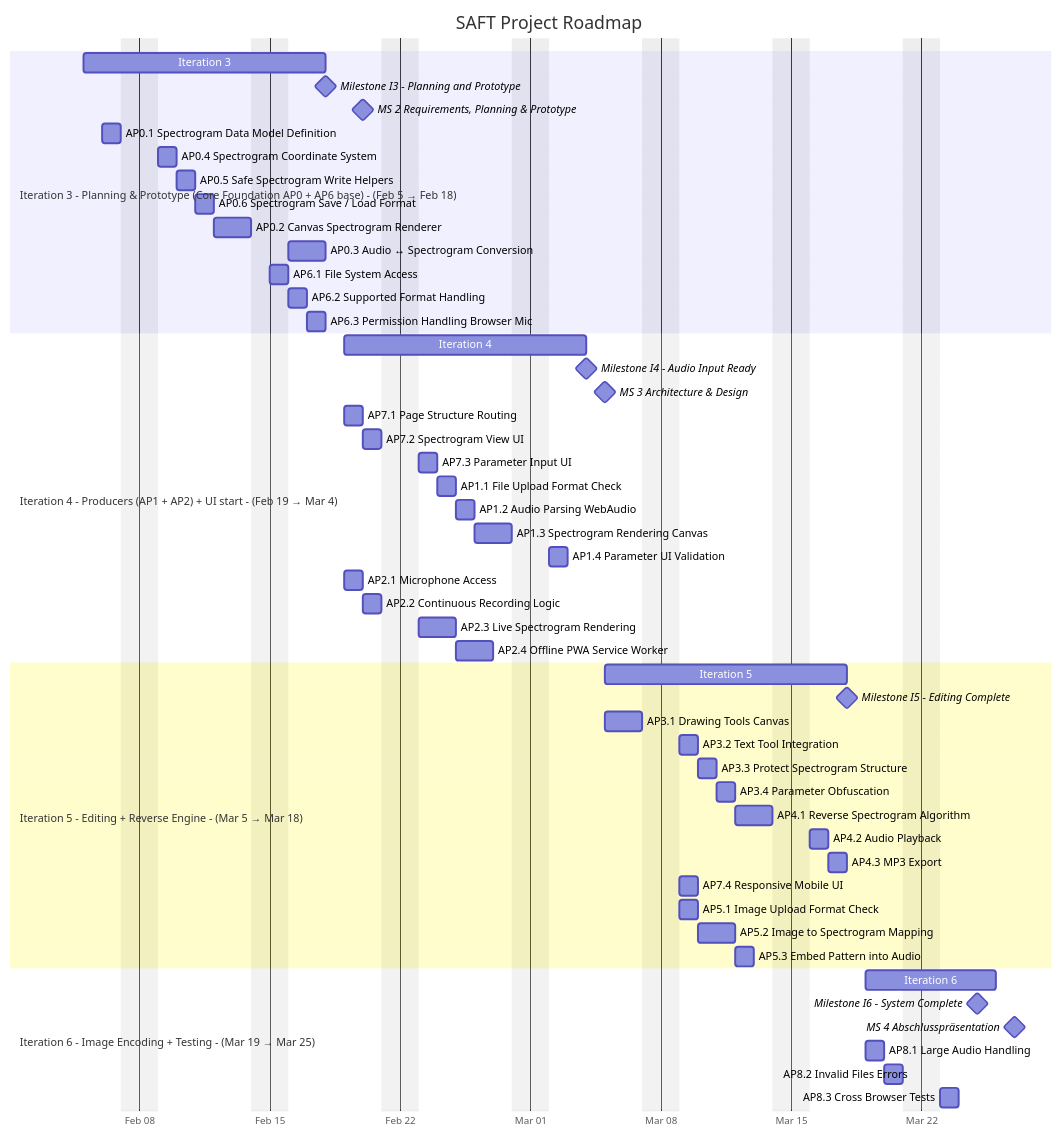
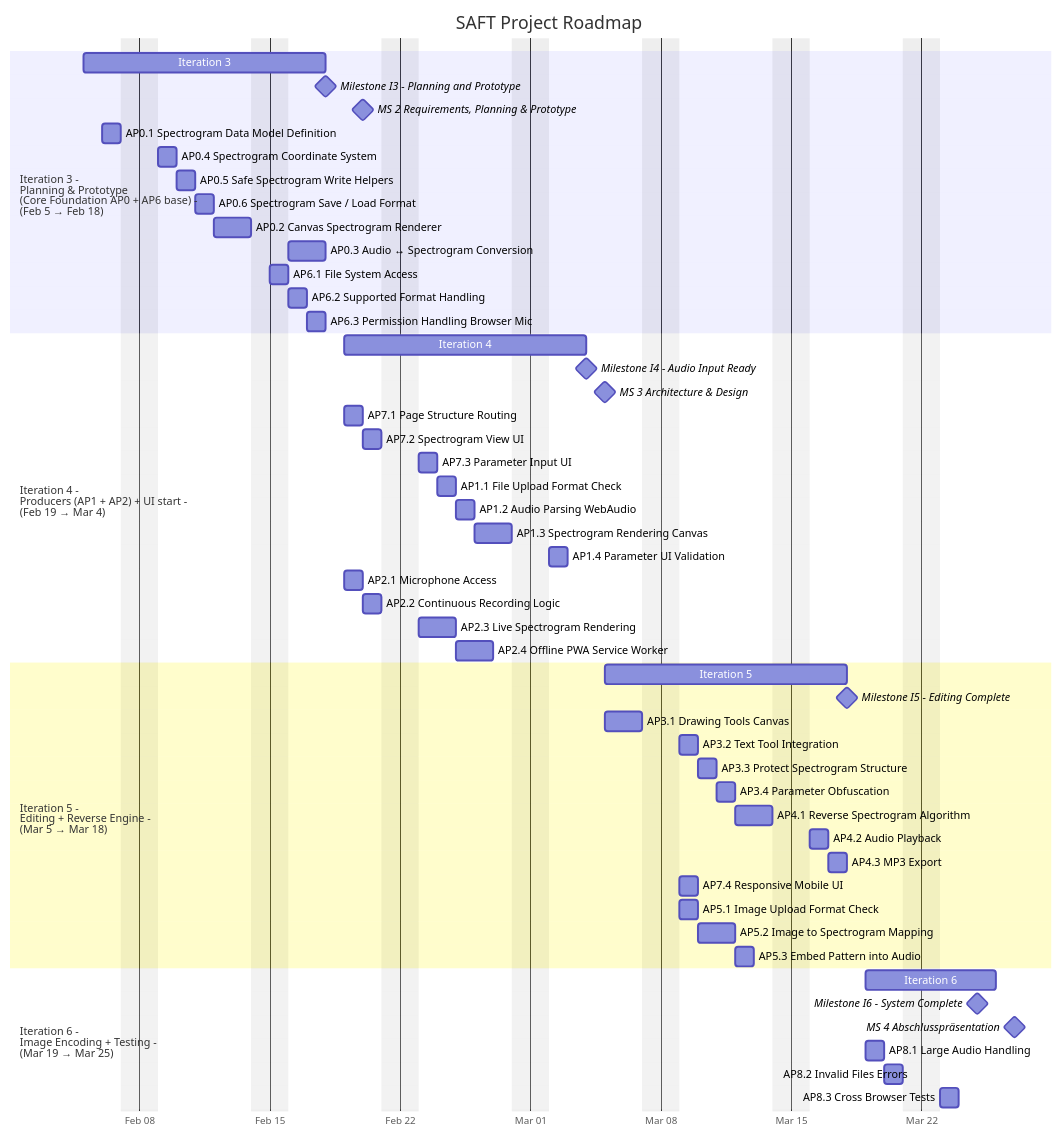
One commit to Advanced-Software-Engineering-23IKI1/saft changed the diagram in docs/gantt.md. Above: the diagram before and after it, drawn with Mermaid.

Commit message:
add newline for iterations

```diff
--- a/docs/gantt.md
+++ b/docs/gantt.md
@@ -18,7 +18,7 @@
 %% Milestone I2 - Requirements          :milestone, mi2, 2026-02-04, 0d
 
 %% -- Iteration 3 --
-  section Iteration 3 - Planning & Prototype (Core Foundation AP0 + AP6 base) - (Feb 5 → Feb 18)
+  section Iteration 3 - <br/> Planning & Prototype <br/>(Core Foundation AP0 + AP6 base) - <br/>(Feb 5 → Feb 18)
   Iteration 3                  :i3, 2026-02-05, 9d
   Milestone I3 - Planning and Prototype   :milestone, mi3, 2026-02-18, 0d
   MS 2 Requirements, Planning & Prototype : milestone, ms2, 2026-02-20, 0d
@@ -39,7 +39,7 @@
 
 
 %% -- Iteration 4 --
-  section Iteration 4 - Producers (AP1 + AP2) + UI start - (Feb 19 → Mar 4)
+  section Iteration 4 - <br/>Producers (AP1 + AP2) + UI start - <br/>(Feb 19 → Mar 4)
   Iteration 4                  :i4, 2026-02-19, 9d
   Milestone I4 - Audio Input Ready          :milestone, mi4, 2026-03-04, 0d
   MS 3 Architecture & Design              : milestone, ms3, 2026-03-05, 0d
@@ -60,7 +60,7 @@
   AP2.4 Offline PWA Service Worker          :ap2_4, after ap2_3, 1.5d
 
 %% -- Iteration 5 --
-  section Iteration 5 - Editing + Reverse Engine - (Mar 5 → Mar 18)
+  section Iteration 5 - <br/>Editing + Reverse Engine - <br/>(Mar 5 → Mar 18)
   Iteration 5                  :i5, 2026-03-05, 9d
   Milestone I5 - Editing Complete          :milestone, mi5, 2026-03-18, 0d
   
@@ -81,7 +81,7 @@
 
 
 %% -- Iteration 6 --
-  section Iteration 6 - Image Encoding + Testing - (Mar 19 → Mar 25)
+  section Iteration 6 - <br/>Image Encoding + Testing - <br/>(Mar 19 → Mar 25)
   Iteration 6                  :i6, 2026-03-19, 5d
   Milestone I6 - System Complete          :milestone, mi6, 2026-03-25, 0d
   MS 4 Abschlusspräsentation              :milestone, ms4, 2026-03-27, 0d
```
